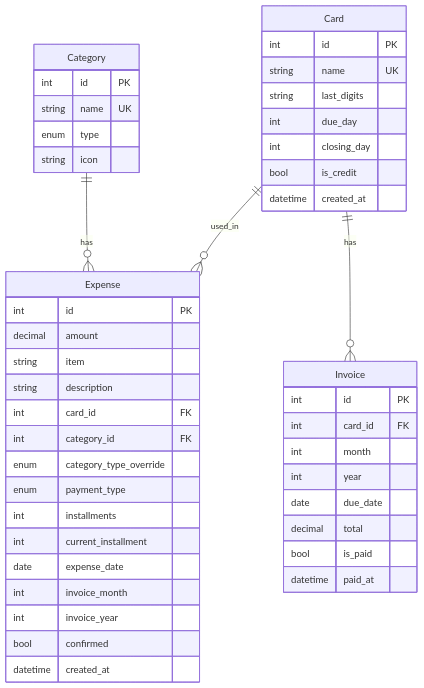
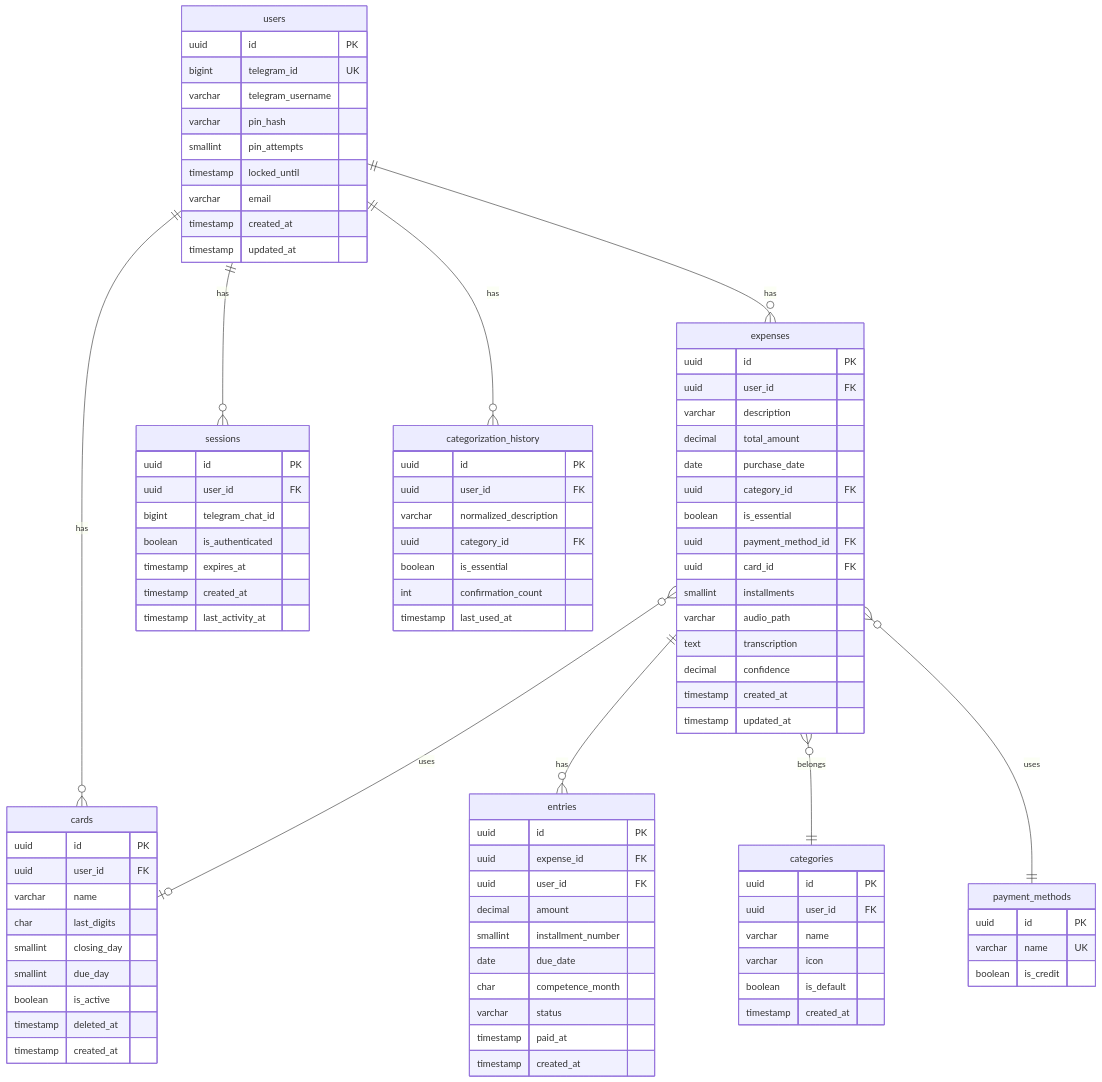
The second of 3 diagrams in docs/TECH_SPECS.md (guipalm4/financial-control-agent), drawn with Mermaid before and after one commit. The commit also changed other lines of this file and 43 other files, not shown here.

````diff
--- a/docs/TECH_SPECS.md
+++ b/docs/TECH_SPECS.md
@@ -204,52 +55,101 @@
 ```mermaid
 erDiagram
-    Category ||--o{ Expense : has
-    Card ||--o{ Expense : used_in
-    Card ||--o{ Invoice : has
+    users ||--o{ cards : has
+    users ||--o{ expenses : has
+    users ||--o{ sessions : has
+    users ||--o{ categorization_history : has
+    expenses ||--o{ entries : has
+    expenses }o--|| categories : belongs
+    expenses }o--o| cards : uses
+    expenses }o--|| payment_methods : uses
     
-    Category {
-        int id PK
-        string name UK
-        enum type
-        string icon
+    users {
+        uuid id PK
+        bigint telegram_id UK
+        varchar telegram_username
+        varchar pin_hash
+        smallint pin_attempts
+        timestamp locked_until
+        varchar email
+        timestamp created_at
+        timestamp updated_at
     }
     
-    Card {
-        int id PK
-        string name UK
-        string last_digits
-        int due_day
-        int closing_day
-        bool is_credit
-        datetime created_at
+    cards {
+        uuid id PK
+        uuid user_id FK
+        varchar name
+        char last_digits
+        smallint closing_day
+        smallint due_day
+        boolean is_active
+        timestamp deleted_at
+        timestamp created_at
     }
     
-    Expense {
-        int id PK
-        decimal amount
-        string item
-        string description
-        int card_id FK
-        int category_id FK
-        enum category_type_override
-        enum payment_type
-        int installments
-        int current_installment
-        date expense_date
-        int invoice_month
-        int invoice_year
-        bool confirmed
-        datetime created_at
+    categories {
+        uuid id PK
+        uuid user_id FK
+        varchar name
+        varchar icon
+        boolean is_default
+        timestamp created_at
     }
     
-    Invoice {
-        int id PK
-        int card_id FK
-        int month
-        int year
+    payment_methods {
+        uuid id PK
+        varchar name UK
+        boolean is_credit
+    }
+    
+    expenses {
+        uuid id PK
+        uuid user_id FK
+        varchar description
+        decimal total_amount
+        date purchase_date
+        uuid category_id FK
+        boolean is_essential
+        uuid payment_method_id FK
+        uuid card_id FK
+        smallint installments
+        varchar audio_path
+        text transcription
+        decimal confidence
+        timestamp created_at
+        timestamp updated_at
+    }
+    
+    entries {
+        uuid id PK
+        uuid expense_id FK
+        uuid user_id FK
+        decimal amount
+        smallint installment_number
         date due_date
-        decimal total
-        bool is_paid
-        datetime paid_at
+        char competence_month
+        varchar status
+        timestamp paid_at
+        timestamp created_at
+    }
+    
+    sessions {
+        uuid id PK
+        uuid user_id FK
+        bigint telegram_chat_id
+        boolean is_authenticated
+        timestamp expires_at
+        timestamp created_at
+        timestamp last_activity_at
+    }
+    
+    categorization_history {
+        uuid id PK
+        uuid user_id FK
+        varchar normalized_description
+        uuid category_id FK
+        boolean is_essential
+        int confirmation_count
+        timestamp last_used_at
     }
 ```
````
